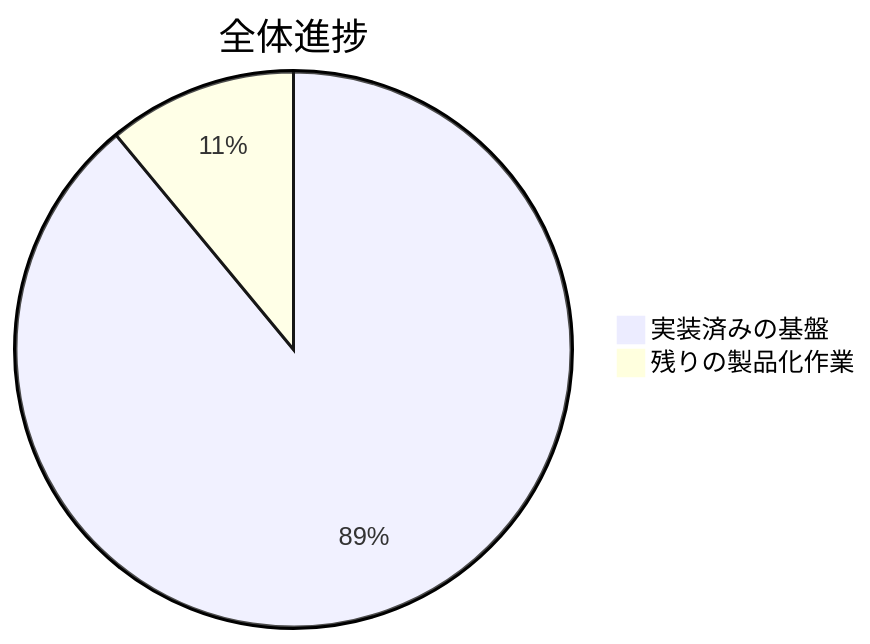
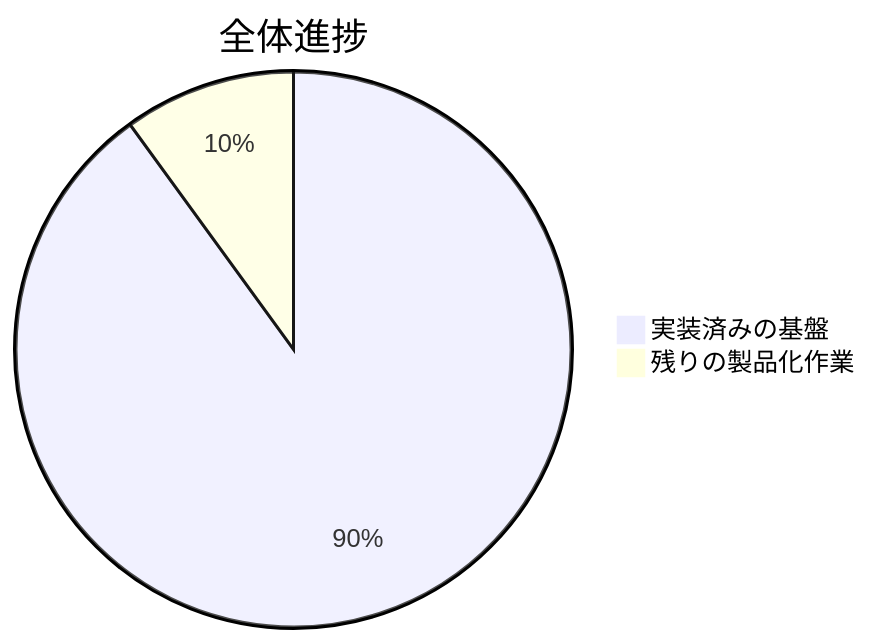
Before and after one commit to lingmulongtai/GlyphRay: the first of 5 diagrams in README.ja.md, drawn with Mermaid. The commit also changed other lines of this file and 9 other files, not shown here.

````diff
--- a/README.ja.md
+++ b/README.ja.md
@@ -15,5 +15,5 @@
 ```mermaid
 pie title 全体進捗
-  "実装済みの基盤" : 89
-  "残りの製品化作業" : 11
+  "実装済みの基盤" : 90
+  "残りの製品化作業" : 10
 ```
````
